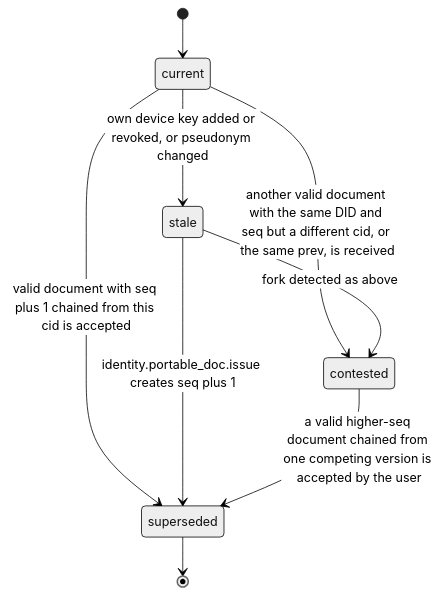
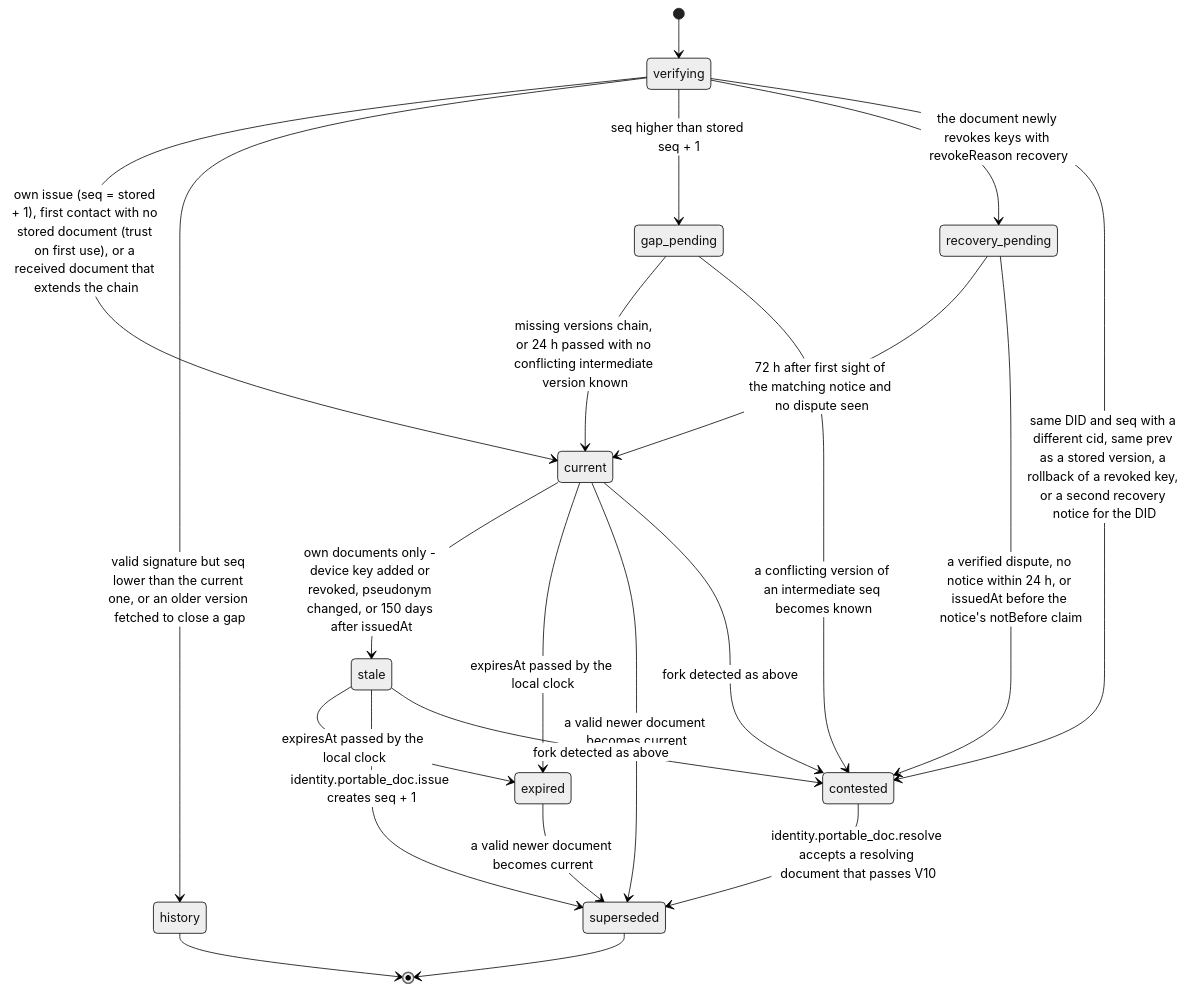
The diagram in 07_Identity/02_profiles/mod_portable/workflow_state_machine.md (djshellshoxxx/CLASSifiedisRUPTed), drawn with Mermaid (neutral theme) before and after one commit. The commit also changed other lines of this file and 235 other files, not shown here.

````diff
--- a/07_Identity/02_profiles/mod_portable/workflow_state_machine.md
+++ b/07_Identity/02_profiles/mod_portable/workflow_state_machine.md
@@ -28,11 +40,24 @@
 ```mermaid
 stateDiagram-v2
-  [*] --> current
-  current --> stale: own device key added or revoked, or pseudonym changed
-  current --> superseded: valid document with seq plus 1 chained from this cid is accepted
-  stale --> superseded: identity.portable_doc.issue creates seq plus 1
-  current --> contested: another valid document with the same DID and seq but a different cid, or the same prev, is received
+  [*] --> verifying
+  verifying --> current: own issue (seq = stored + 1), first contact with no stored document (trust on first use), or a received document that extends the chain
+  verifying --> history: valid signature but seq lower than the current one, or an older version fetched to close a gap
+  verifying --> gap_pending: seq higher than stored seq + 1
+  verifying --> recovery_pending: the document newly revokes keys with revokeReason recovery
+  verifying --> contested: same DID and seq with a different cid, same prev as a stored version, a rollback of a revoked key, or a second recovery notice for the DID
+  gap_pending --> current: missing versions chain, or 24 h passed with no conflicting intermediate version known
+  gap_pending --> contested: a conflicting version of an intermediate seq becomes known
+  recovery_pending --> current: 72 h after first sight of the matching notice and no dispute seen
+  recovery_pending --> contested: a verified dispute, no notice within 24 h, or issuedAt before the notice's notBefore claim
+  current --> stale: own documents only - device key added or revoked, pseudonym changed, or 150 days after issuedAt
+  current --> expired: expiresAt passed by the local clock
+  stale --> expired: expiresAt passed by the local clock
+  current --> superseded: a valid newer document becomes current
+  stale --> superseded: identity.portable_doc.issue creates seq + 1
+  expired --> superseded: a valid newer document becomes current
+  current --> contested: fork detected as above
   stale --> contested: fork detected as above
-  contested --> superseded: a valid higher-seq document chained from one competing version is accepted by the user
+  contested --> superseded: identity.portable_doc.resolve accepts a resolving document that passes V10
   superseded --> [*]
+  history --> [*]
 ```
````
